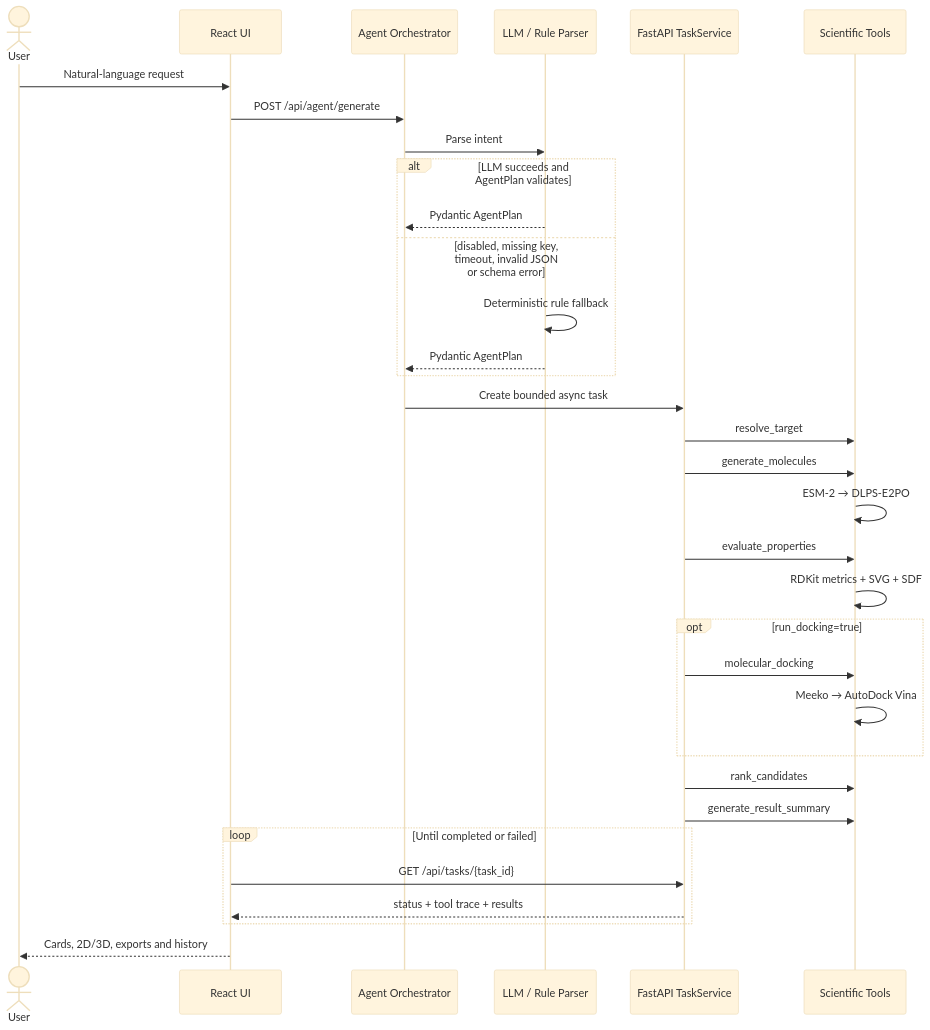
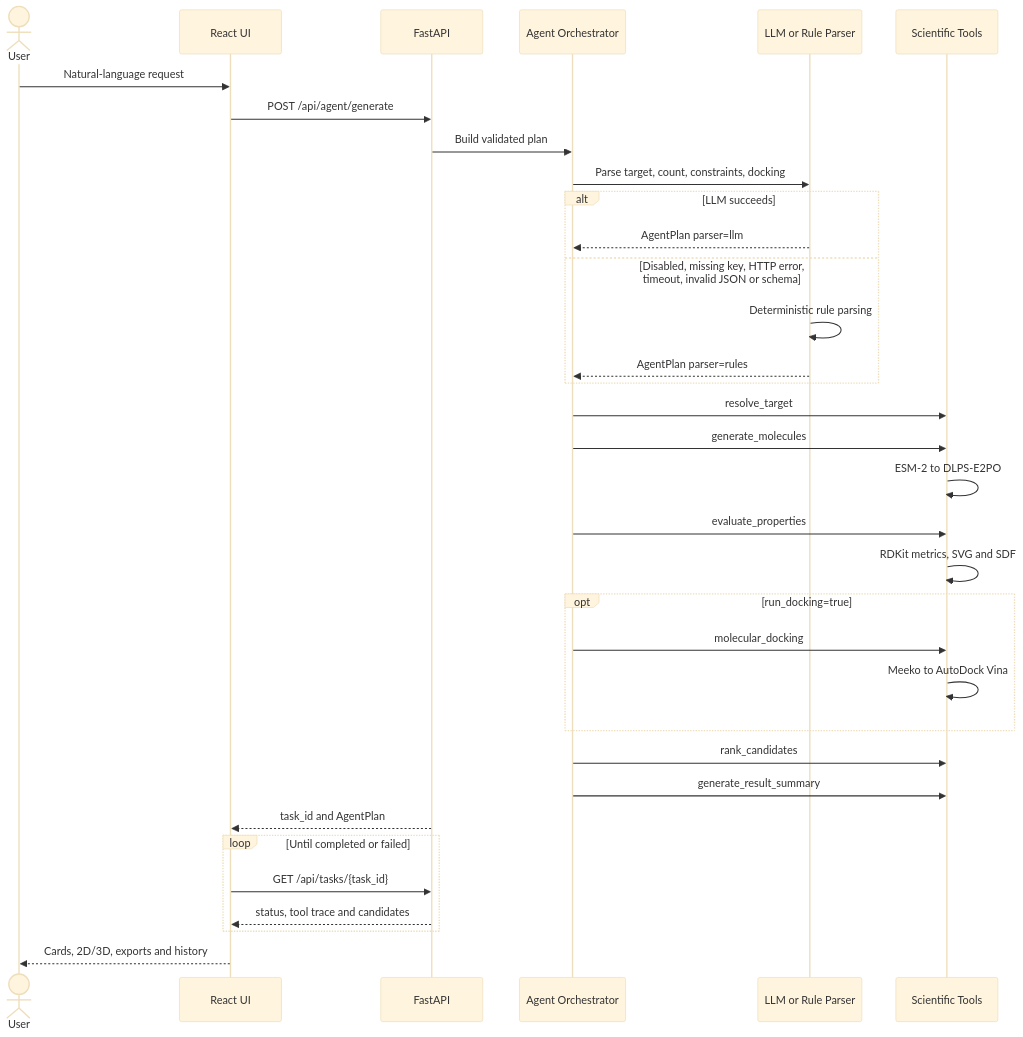
One commit to Augensternsy/ai-drug-design-agent changed the second of 3 diagrams in docs/architecture.md. Above: the diagram before and after it, drawn with Mermaid (base theme). The commit also changed other lines of this file and 5 other files, not shown here.

````diff
--- a/docs/architecture.md
+++ b/docs/architecture.md
@@ -32,36 +39,37 @@
 ```mermaid
 sequenceDiagram
     actor User
     participant UI as React UI
+    participant API as FastAPI
     participant Agent as Agent Orchestrator
-    participant Parser as LLM / Rule Parser
-    participant API as FastAPI TaskService
+    participant Parser as LLM or Rule Parser
     participant Tools as Scientific Tools
 
     User->>UI: Natural-language request
-    UI->>Agent: POST /api/agent/generate
-    Agent->>Parser: Parse intent
-    alt LLM succeeds and AgentPlan validates
-        Parser-->>Agent: Pydantic AgentPlan
-    else disabled, missing key, timeout, invalid JSON or schema error
-        Parser->>Parser: Deterministic rule fallback
-        Parser-->>Agent: Pydantic AgentPlan
+    UI->>API: POST /api/agent/generate
+    API->>Agent: Build validated plan
+    Agent->>Parser: Parse target, count, constraints, docking
+    alt LLM succeeds
+        Parser-->>Agent: AgentPlan parser=llm
+    else Disabled, missing key, HTTP error, timeout, invalid JSON or schema
+        Parser->>Parser: Deterministic rule parsing
+        Parser-->>Agent: AgentPlan parser=rules
     end
-    Agent->>API: Create bounded async task
-    API->>Tools: resolve_target
-    API->>Tools: generate_molecules
-    Tools->>Tools: ESM-2 → DLPS-E2PO
-    API->>Tools: evaluate_properties
-    Tools->>Tools: RDKit metrics + SVG + SDF
+    Agent->>Tools: resolve_target
+    Agent->>Tools: generate_molecules
+    Tools->>Tools: ESM-2 to DLPS-E2PO
+    Agent->>Tools: evaluate_properties
+    Tools->>Tools: RDKit metrics, SVG and SDF
     opt run_docking=true
-        API->>Tools: molecular_docking
-        Tools->>Tools: Meeko → AutoDock Vina
+        Agent->>Tools: molecular_docking
+        Tools->>Tools: Meeko to AutoDock Vina
     end
-    API->>Tools: rank_candidates
-    API->>Tools: generate_result_summary
+    Agent->>Tools: rank_candidates
+    Agent->>Tools: generate_result_summary
+    API-->>UI: task_id and AgentPlan
     loop Until completed or failed
         UI->>API: GET /api/tasks/{task_id}
-        API-->>UI: status + tool trace + results
+        API-->>UI: status, tool trace and candidates
     end
     UI-->>User: Cards, 2D/3D, exports and history
 ```
````
